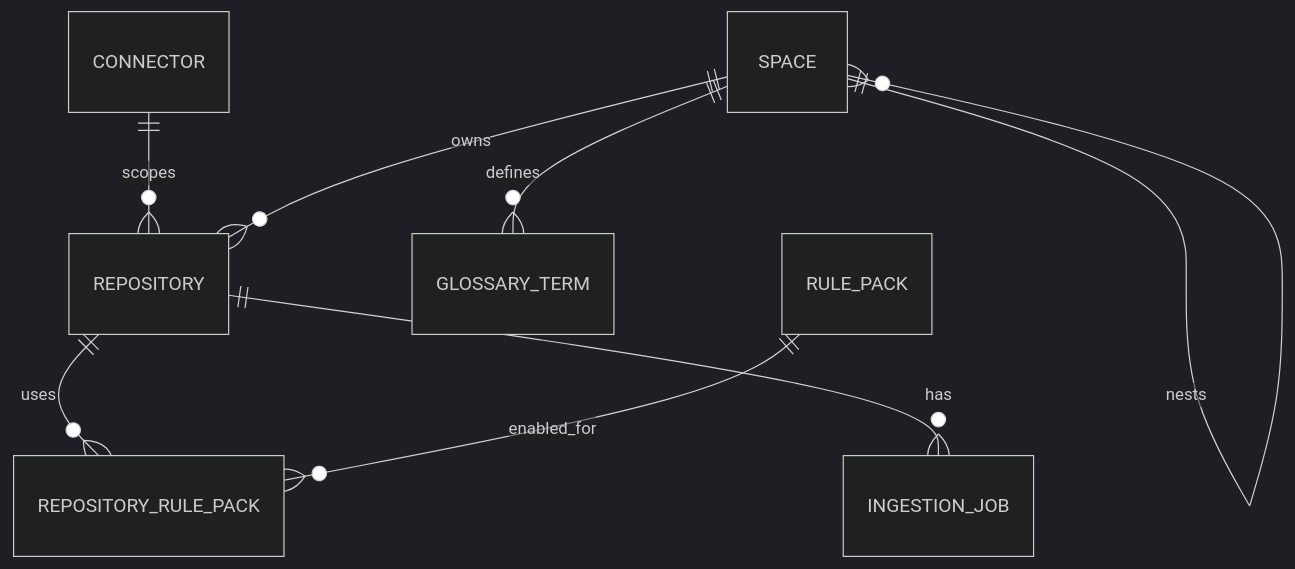
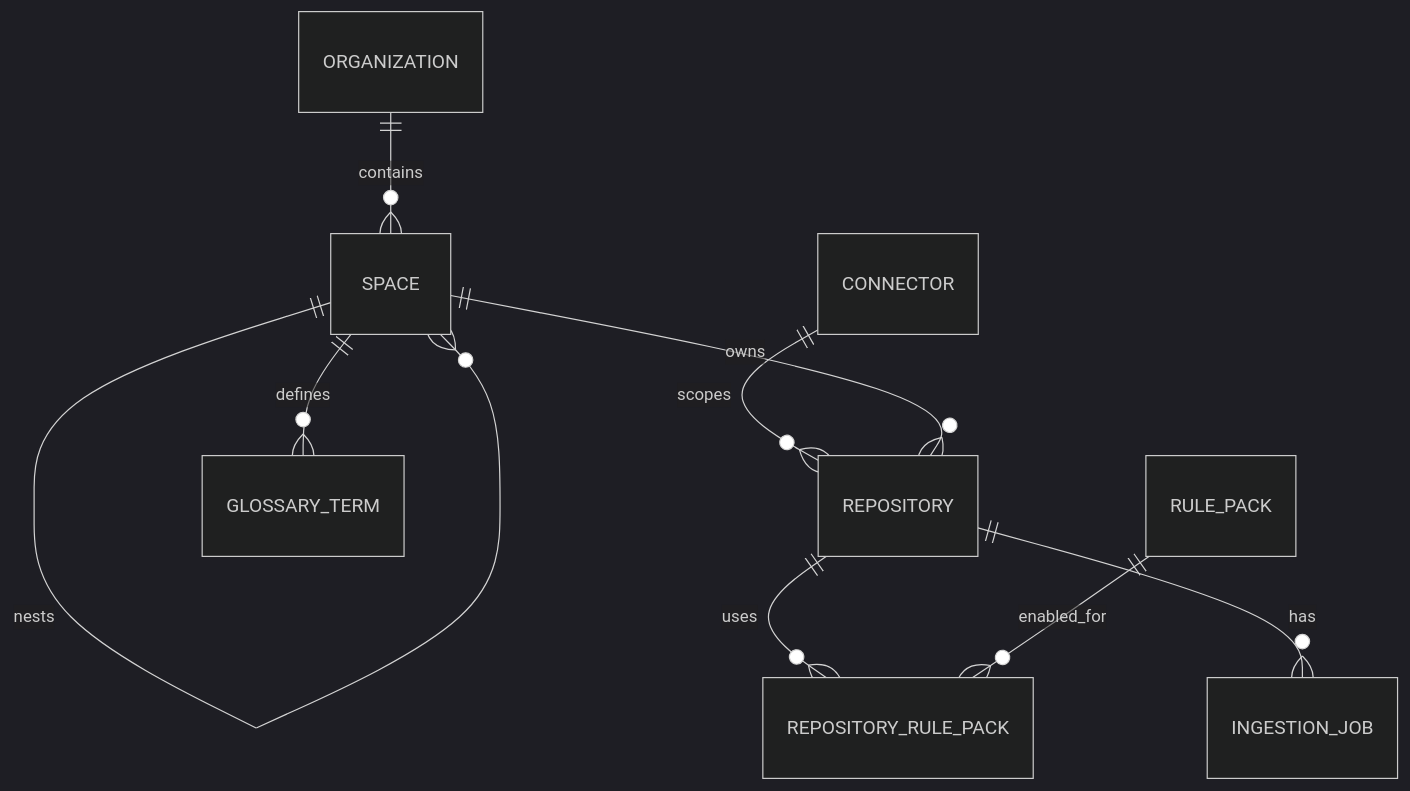
The fourth of 5 diagrams in docs/ingestion.md (KBavis/steno), drawn with Mermaid (dark theme) before and after one commit. The commit also changed other lines of this file and 53 other files, not shown here.

Commit message:
feat: uplift ui to support onboarding flow for organization

````diff
--- a/docs/ingestion.md
+++ b/docs/ingestion.md
@@ -350,10 +370,11 @@
 ```mermaid
 erDiagram
+    ORGANIZATION ||--o{ SPACE : contains
     CONNECTOR ||--o{ REPOSITORY : scopes
     SPACE ||--o{ SPACE : nests
     SPACE ||--o{ REPOSITORY : owns
     SPACE ||--o{ GLOSSARY_TERM : defines
     REPOSITORY ||--o{ REPOSITORY_RULE_PACK : uses
     RULE_PACK ||--o{ REPOSITORY_RULE_PACK : enabled_for
     REPOSITORY ||--o{ INGESTION_JOB : has
 ```
````
